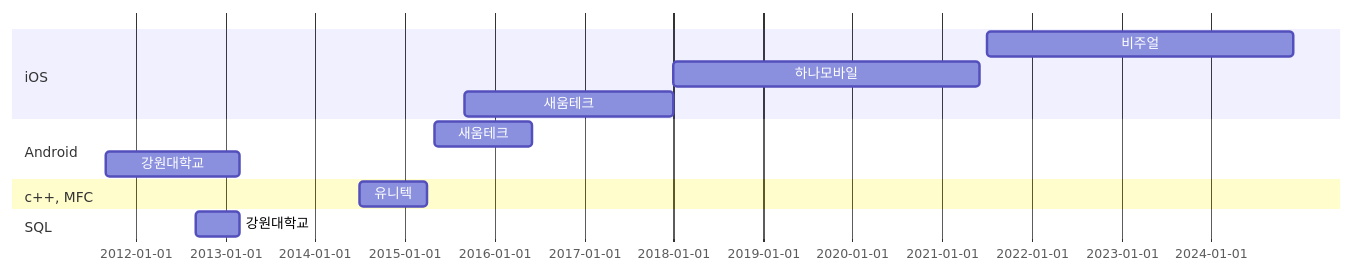
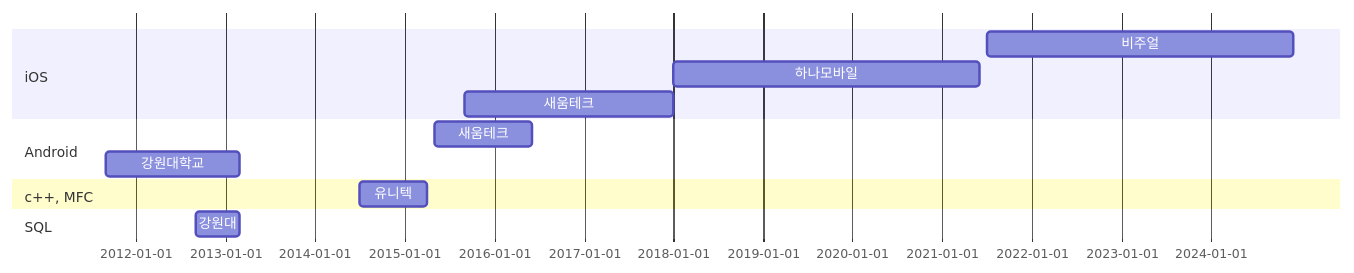
The diagram in README.md (talq44/resume_portfolio), drawn with Mermaid before and after one commit. The commit also changed other lines of this file, not shown here.

````diff
--- a/README.md
+++ b/README.md
@@ -28,15 +24,15 @@
 ``` mermaid
 gantt
   dateFormat  YYYY-MM
   section iOS
   비주얼 :i3, 2021-07, 2024-12
   하나모바일 :i2, 2018-01, 2021-06
   새움테크 :i1, 2015-09, 2018-01
   section Android
   새움테크 :a1, 2015-05, 2016-06
   강원대학교 :a2, 2011-09, 2013-03
   section c++, MFC
   유니텍 : c1, 2014-07, 2015-04
   section SQL
-  강원대학교 : s2, 2012-09, 2013-03
+  강원대 : s2, 2012-09, 2013-03
 ```
````
